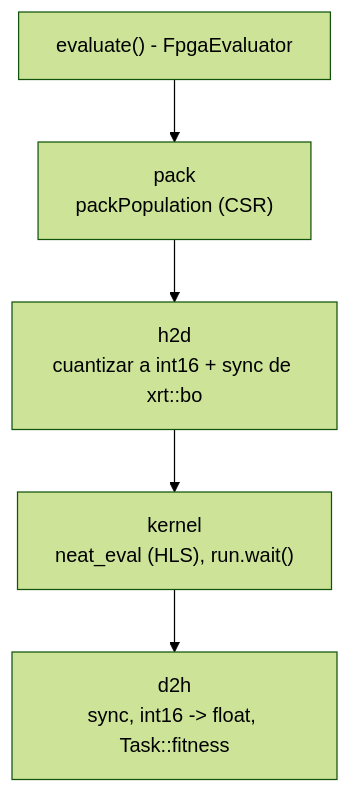
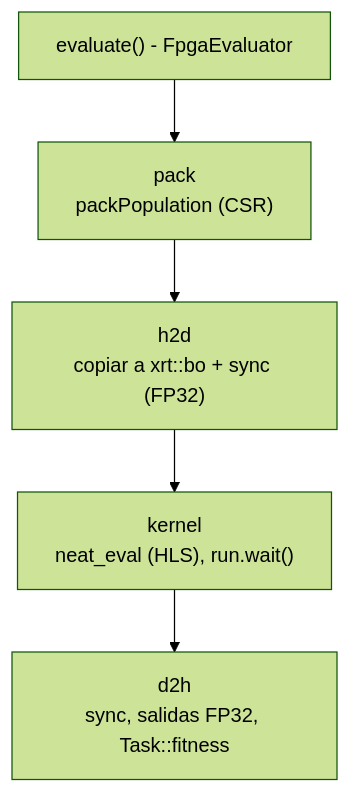
One commit to 3273B4N/ProyectoFinalHeterogeneos changed the fourth of 4 diagrams in neuroevo/docs/ARQUITECTURA.md. Above: the diagram before and after it, drawn with Mermaid (forest theme). The commit also changed other lines of this file and 6 other files, not shown here.

````diff
--- a/neuroevo/docs/ARQUITECTURA.md
+++ b/neuroevo/docs/ARQUITECTURA.md
@@ -113,7 +118,7 @@
 ```mermaid
 flowchart TD
     A["evaluate() - FpgaEvaluator"] --> B["pack<br/>packPopulation (CSR)"]
-    B --> C["h2d<br/>cuantizar a int16 + sync de xrt::bo"]
+    B --> C["h2d<br/>copiar a xrt::bo + sync (FP32)"]
     C --> D["kernel<br/>neat_eval (HLS), run.wait()"]
-    D --> E["d2h<br/>sync, int16 -> float, Task::fitness"]
+    D --> E["d2h<br/>sync, salidas FP32, Task::fitness"]
 ```
````
